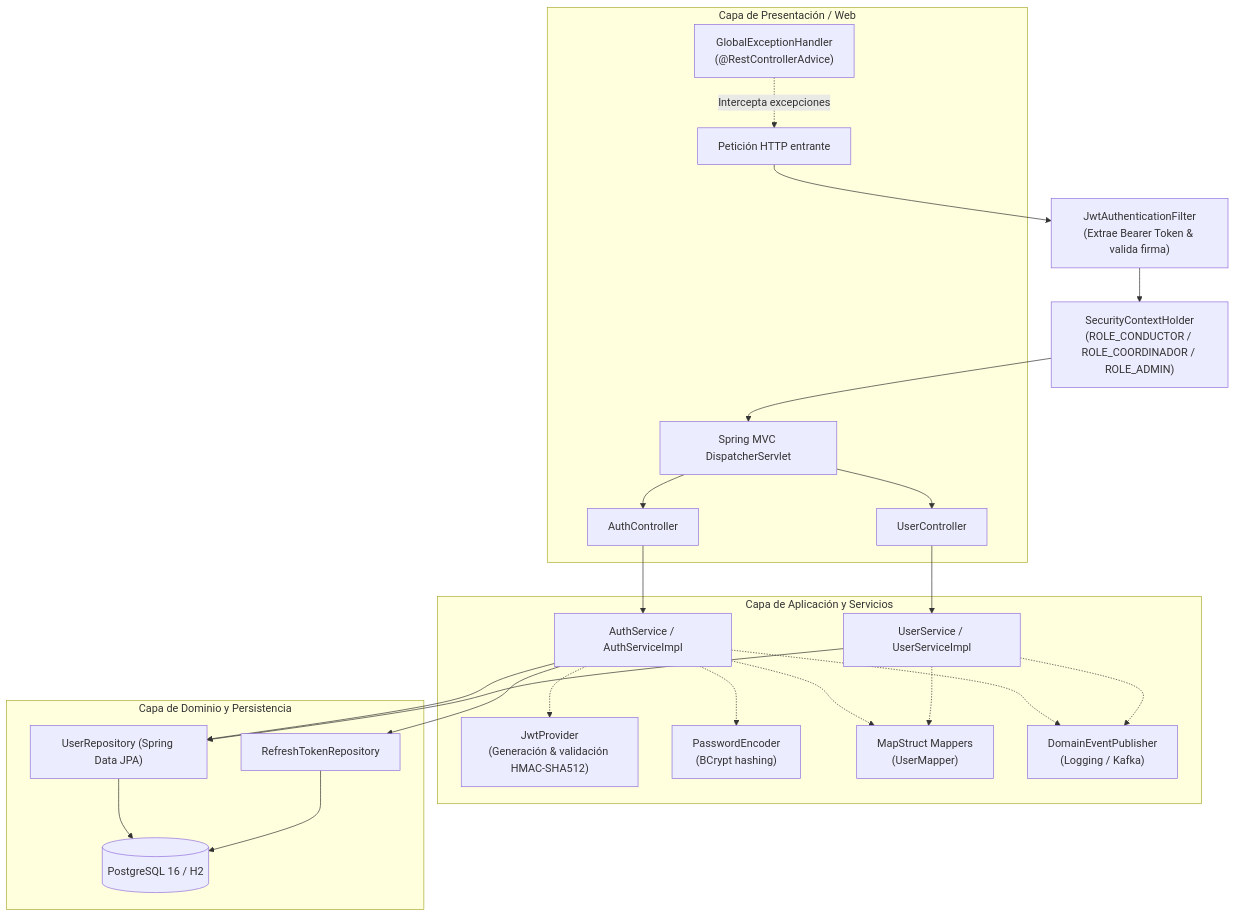
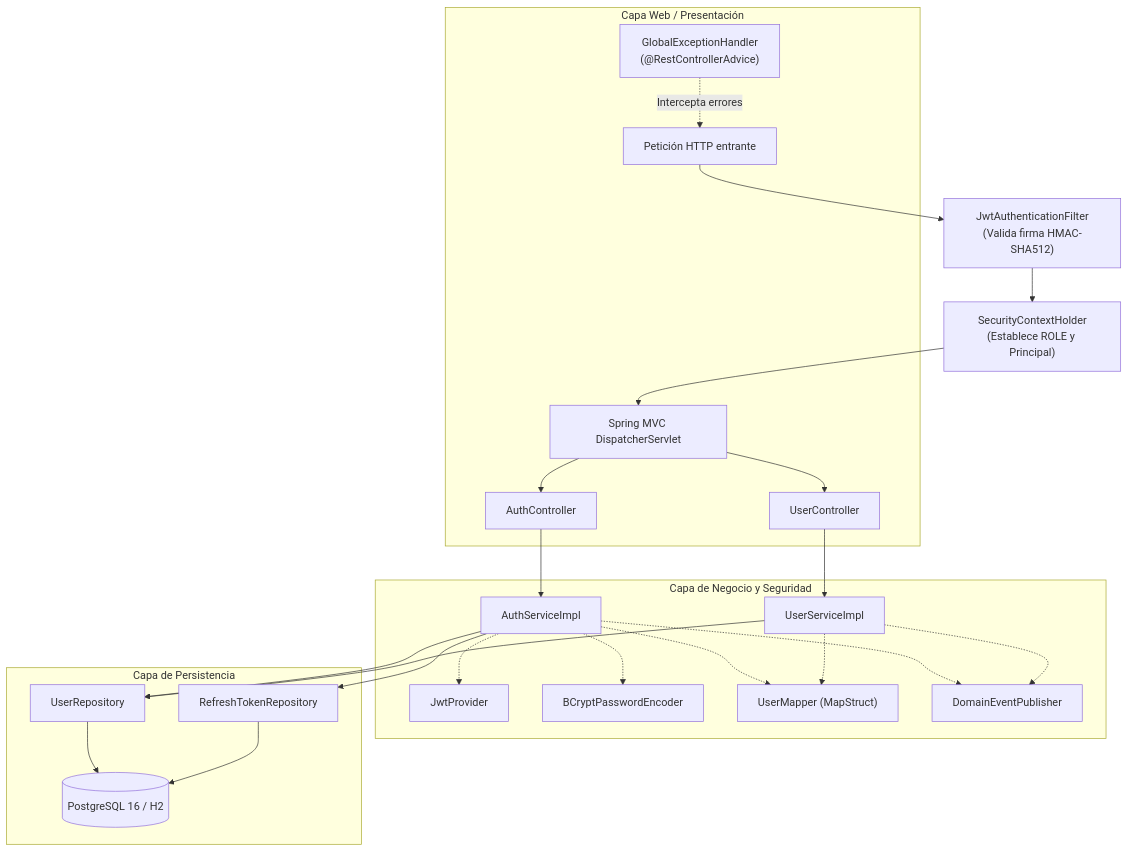
The second of 5 diagrams in README.md (TRUCKDAR/User-Identity), drawn with Mermaid before and after one commit. The commit also changed other lines of this file, not shown here.

Commit message:
docs: fix Mermaid syntax for GitHub renderer and enhance diagram readability

````diff
--- a/README.md
+++ b/README.md
@@ -84,27 +72,27 @@
 ```mermaid
-graph TD
-    ClientReq["Petición HTTP entrante"] --> JwtFilter["JwtAuthenticationFilter<br/>(Extrae Bearer Token & valida firma)"]
-    JwtFilter --> SecurityContext["SecurityContextHolder<br/>(ROLE_CONDUCTOR / ROLE_COORDINADOR / ROLE_ADMIN)"]
-    SecurityContext --> DispatcherServlet["Spring MVC DispatcherServlet"]
+flowchart TD
+    Req["Petición HTTP entrante"] --> JwtFilter["JwtAuthenticationFilter<br/>(Valida firma HMAC-SHA512)"]
+    JwtFilter --> SecContext["SecurityContextHolder<br/>(Establece ROLE y Principal)"]
+    SecContext --> Dispatcher["Spring MVC DispatcherServlet"]
 
-    subgraph Presentation["Capa de Presentación / Web"]
-        DispatcherServlet --> AuthCtrl["AuthController"]
-        DispatcherServlet --> UserCtrl["UserController"]
-        GlobalEx["GlobalExceptionHandler<br/>(@RestControllerAdvice)"] -.->|Intercepta excepciones| ClientReq
+    subgraph Presentation["Capa Web / Presentación"]
+        Dispatcher --> AuthCtrl["AuthController"]
+        Dispatcher --> UserCtrl["UserController"]
+        GlobalEx["GlobalExceptionHandler<br/>(@RestControllerAdvice)"] -.->|Intercepta errores| Req
     end
 
-    subgraph Application["Capa de Aplicación y Servicios"]
-        AuthCtrl --> AuthSvc["AuthService / AuthServiceImpl"]
-        UserCtrl --> UserSvc["UserService / UserServiceImpl"]
-        AuthSvc -.-> JwtProv["JwtProvider<br/>(Generación & validación HMAC-SHA512)"]
-        AuthSvc -.-> PassEnc["PasswordEncoder<br/>(BCrypt hashing)"]
-        AuthSvc & UserSvc -.-> Mappers["MapStruct Mappers<br/>(UserMapper)"]
-        AuthSvc & UserSvc -.-> EventPub["DomainEventPublisher<br/>(Logging / Kafka)"]
+    subgraph ServiceLayer["Capa de Negocio y Seguridad"]
+        AuthCtrl --> AuthSvc["AuthServiceImpl"]
+        UserCtrl --> UserSvc["UserServiceImpl"]
+        AuthSvc -.-> JwtProv["JwtProvider"]
+        AuthSvc -.-> PassEnc["BCryptPasswordEncoder"]
+        AuthSvc & UserSvc -.-> Mapper["UserMapper (MapStruct)"]
+        AuthSvc & UserSvc -.-> DomainEvents["DomainEventPublisher"]
     end
 
-    subgraph Persistence["Capa de Dominio y Persistencia"]
-        AuthSvc & UserSvc --> UserRepo["UserRepository (Spring Data JPA)"]
+    subgraph PersistenceLayer["Capa de Persistencia"]
+        AuthSvc & UserSvc --> UserRepo["UserRepository"]
         AuthSvc --> TokenRepo["RefreshTokenRepository"]
         UserRepo & TokenRepo --> DB[("PostgreSQL 16 / H2")]
     end
 ```
````
